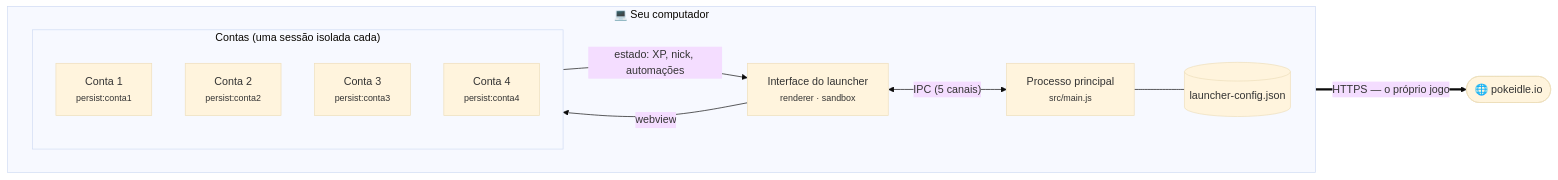
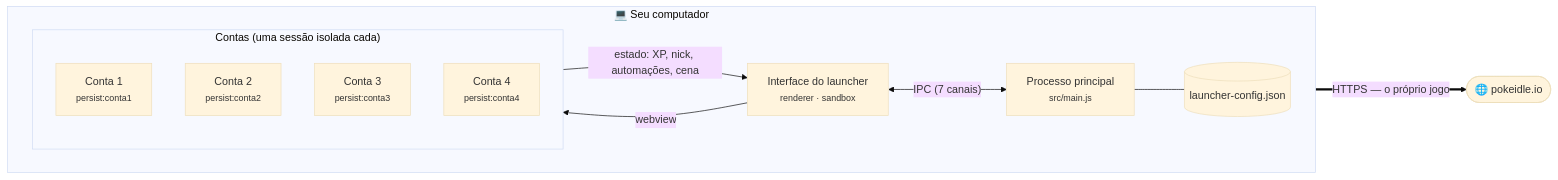
One commit to henriquecodo/launcher-alt-pokeidle changed the diagram in README.md. Above: the diagram before and after it, drawn with Mermaid (base theme). The commit also changed other lines of this file and 12 other files, not shown here.

````diff
--- a/README.md
+++ b/README.md
@@ -286,22 +340,22 @@
 ```mermaid
 flowchart LR
   subgraph PC["💻 Seu computador"]
     direction LR
     UI["Interface do launcher<br/><small>renderer · sandbox</small>"]
     MAIN["Processo principal<br/><small>src/main.js</small>"]
     CFG[("launcher-config.json")]
     subgraph CARDS["Contas (uma sessão isolada cada)"]
       C1["Conta 1<br/><small>persist:conta1</small>"]
       C2["Conta 2<br/><small>persist:conta2</small>"]
       C3["Conta 3<br/><small>persist:conta3</small>"]
       C4["Conta 4<br/><small>persist:conta4</small>"]
     end
   end
   GAME(["🌐 pokeidle.io"])
 
-  UI <-- "IPC (5 canais)" --> MAIN
+  UI <-- "IPC (7 canais)" --> MAIN
   MAIN --- CFG
   UI -- "webview" --> CARDS
-  CARDS -- "estado: XP, nick, automações" --> UI
+  CARDS -- "estado: XP, nick, automações, cena" --> UI
   CARDS == "HTTPS — o próprio jogo" ==> GAME
 ```
````
